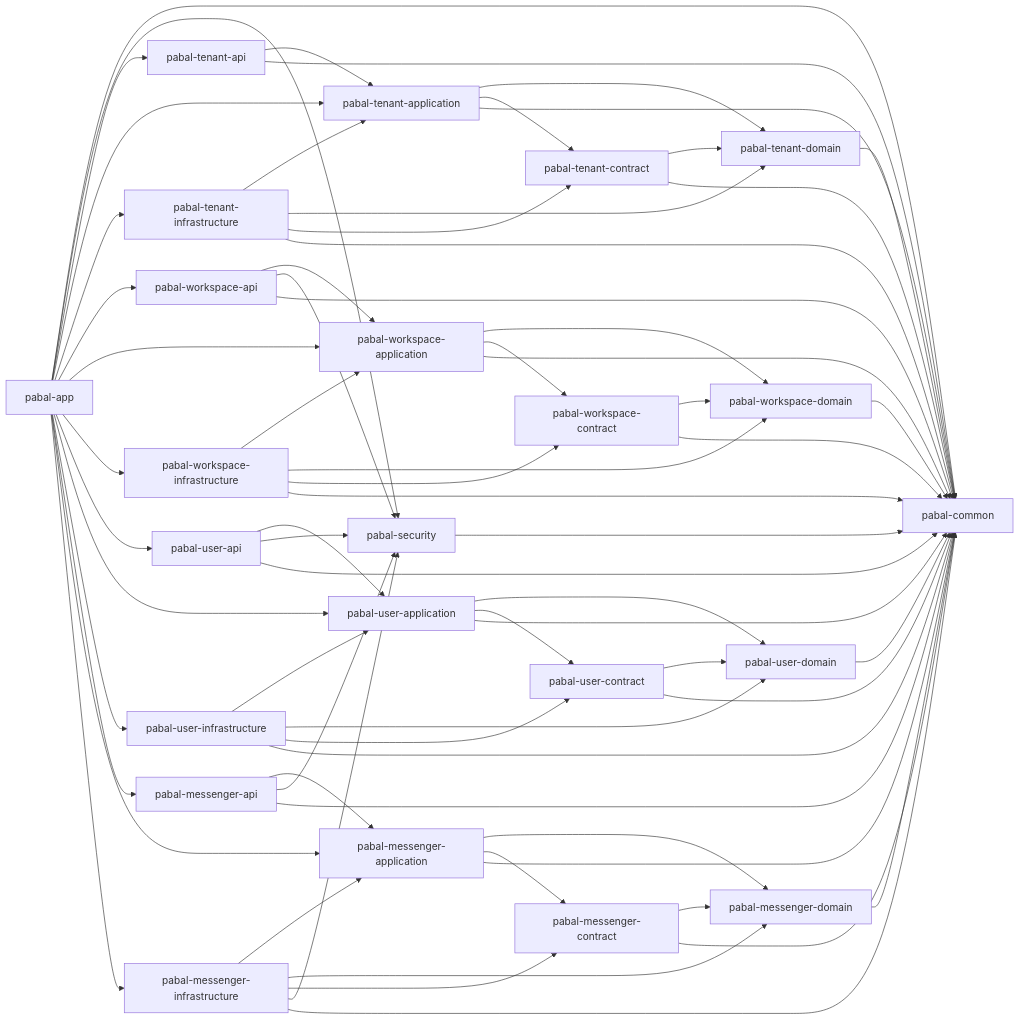
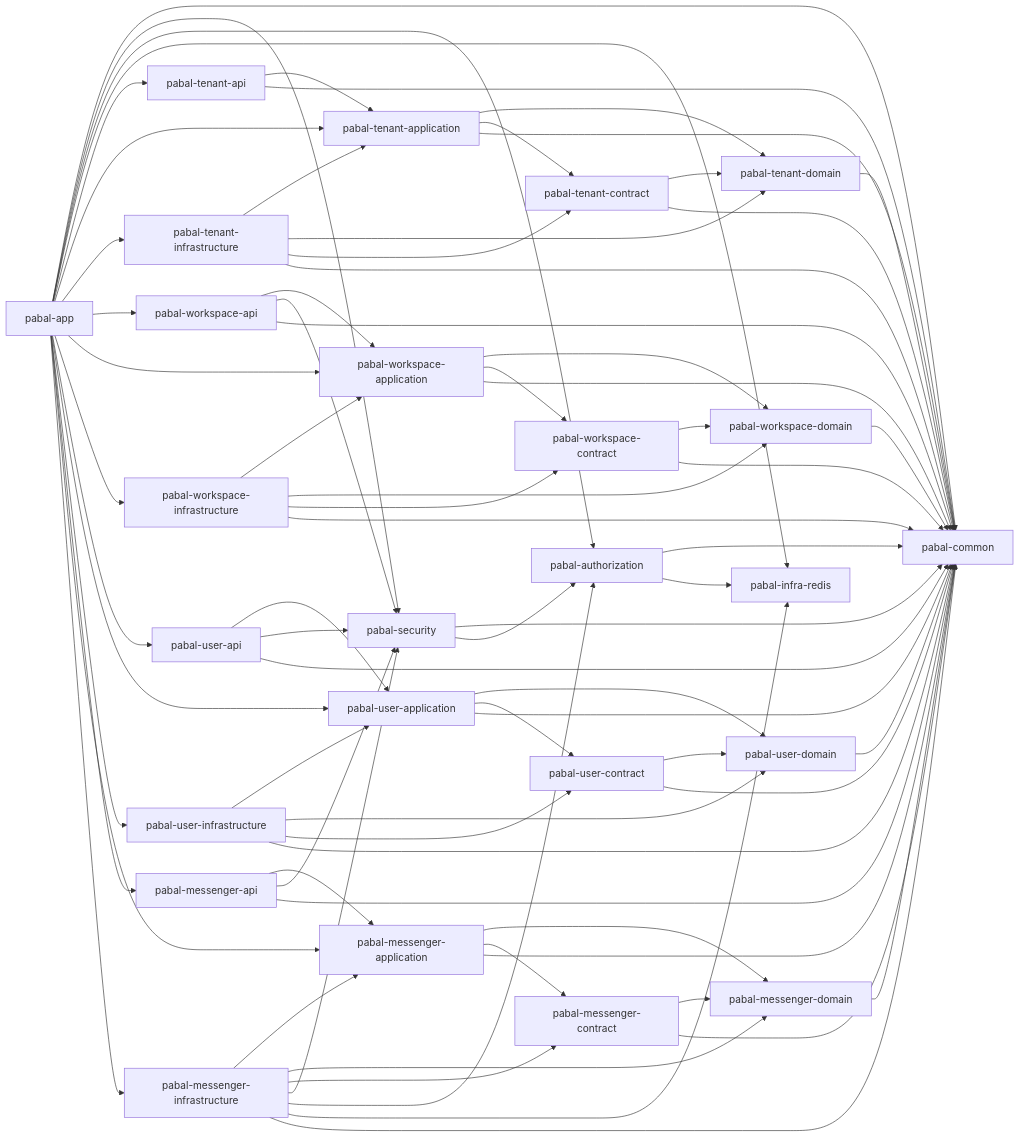
One commit to woojun-k/pabal changed the diagram in docs/architecture/package-structure-and-layers.md. Above: the diagram before and after it, drawn with Mermaid. The commit also changed other lines of this file and 86 other files, not shown here.

````diff
--- a/docs/architecture/package-structure-and-layers.md
+++ b/docs/architecture/package-structure-and-layers.md
@@ -79,74 +83,81 @@
 ```mermaid
 flowchart LR
     app["pabal-app"] --> common["pabal-common"]
     app --> security["pabal-security"]
+    app --> authorization["pabal-authorization"]
+    app --> redis["pabal-infra-redis"]
     app --> tenant_api["pabal-tenant-api"]
     app --> tenant_application["pabal-tenant-application"]
     app --> tenant_infrastructure["pabal-tenant-infrastructure"]
     app --> workspace_api["pabal-workspace-api"]
     app --> workspace_application["pabal-workspace-application"]
     app --> workspace_infrastructure["pabal-workspace-infrastructure"]
     app --> user_api["pabal-user-api"]
     app --> user_application["pabal-user-application"]
     app --> user_infrastructure["pabal-user-infrastructure"]
     app --> messenger_api["pabal-messenger-api"]
     app --> messenger_application["pabal-messenger-application"]
     app --> messenger_infrastructure["pabal-messenger-infrastructure"]
 
     security --> common
+    security --> authorization
+    authorization --> common
+    authorization --> redis
     tenant_domain["pabal-tenant-domain"] --> common
     tenant_contract["pabal-tenant-contract"] --> tenant_domain
     tenant_contract --> common
     tenant_application --> tenant_domain
     tenant_application --> tenant_contract
     tenant_application --> common
     tenant_api --> tenant_application
     tenant_api --> common
     tenant_infrastructure --> tenant_application
     tenant_infrastructure --> tenant_domain
     tenant_infrastructure --> tenant_contract
     tenant_infrastructure --> common
 
     workspace_domain["pabal-workspace-domain"] --> common
     workspace_contract["pabal-workspace-contract"] --> workspace_domain
     workspace_contract --> common
     workspace_application --> workspace_domain
     workspace_application --> workspace_contract
     workspace_application --> common
     workspace_api --> workspace_application
     workspace_api --> security
     workspace_api --> common
     workspace_infrastructure --> workspace_application
     workspace_infrastructure --> workspace_domain
     workspace_infrastructure --> workspace_contract
     workspace_infrastructure --> common
 
     user_domain["pabal-user-domain"] --> common
     user_contract["pabal-user-contract"] --> user_domain
     user_contract --> common
     user_application --> user_domain
     user_application --> user_contract
     user_application --> common
     user_api --> user_application
     user_api --> security
     user_api --> common
     user_infrastructure --> user_application
     user_infrastructure --> user_domain
     user_infrastructure --> user_contract
     user_infrastructure --> common
 
     messenger_domain["pabal-messenger-domain"] --> common
     messenger_contract["pabal-messenger-contract"] --> messenger_domain
     messenger_contract --> common
     messenger_application --> messenger_domain
     messenger_application --> messenger_contract
     messenger_application --> common
     messenger_api --> messenger_application
     messenger_api --> security
     messenger_api --> common
     messenger_infrastructure --> messenger_application
     messenger_infrastructure --> messenger_domain
     messenger_infrastructure --> messenger_contract
     messenger_infrastructure --> security
+    messenger_infrastructure --> authorization
+    messenger_infrastructure --> redis
     messenger_infrastructure --> common
 ```
````
